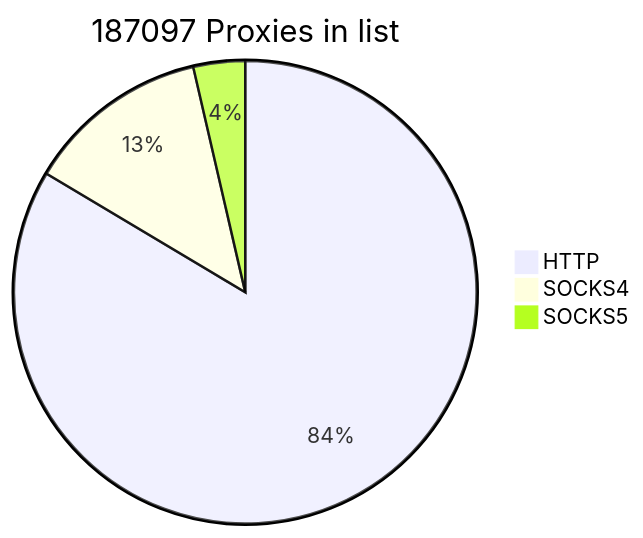
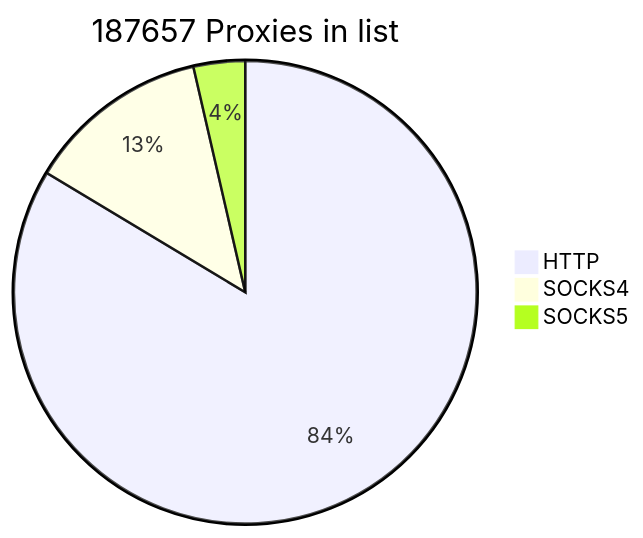
One commit to cutipu/proxylist changed the first of 2 diagrams in README.md. Above: the diagram before and after it, drawn with Mermaid. The commit also changed other lines of this file, not shown here.

````diff
--- a/README.md
+++ b/README.md
@@ -2,7 +2,7 @@
 ```mermaid
-pie title 187097 Proxies in list
-    "HTTP" : 156348
+pie title 187657 Proxies in list
+    "HTTP" : 156909
     "SOCKS4" : 23992
-    "SOCKS5" : 6757
+    "SOCKS5" : 6756
             
 ```
````
